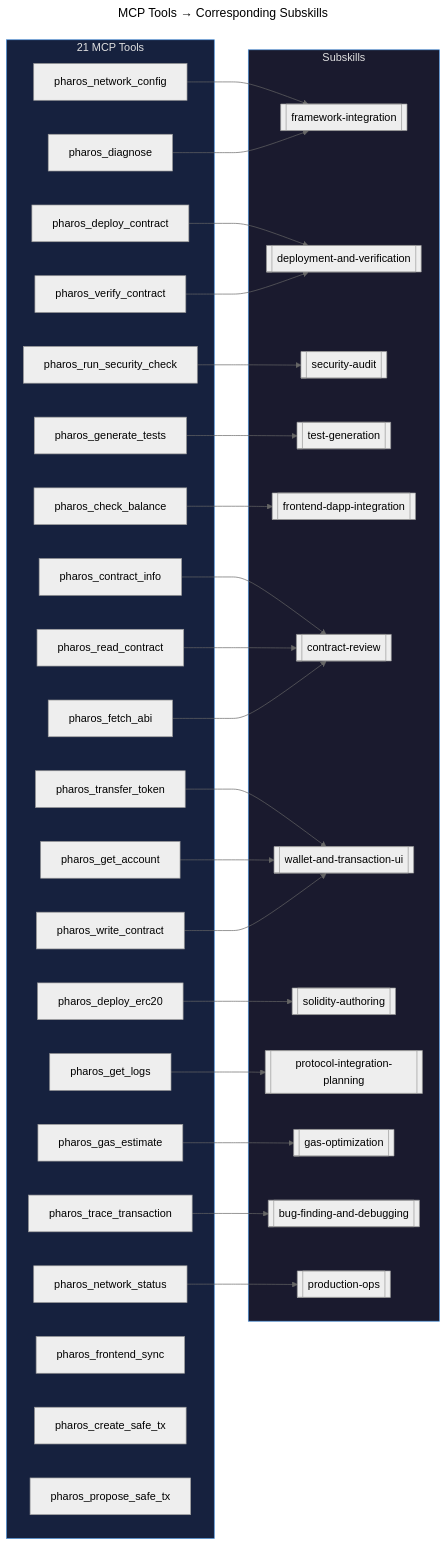
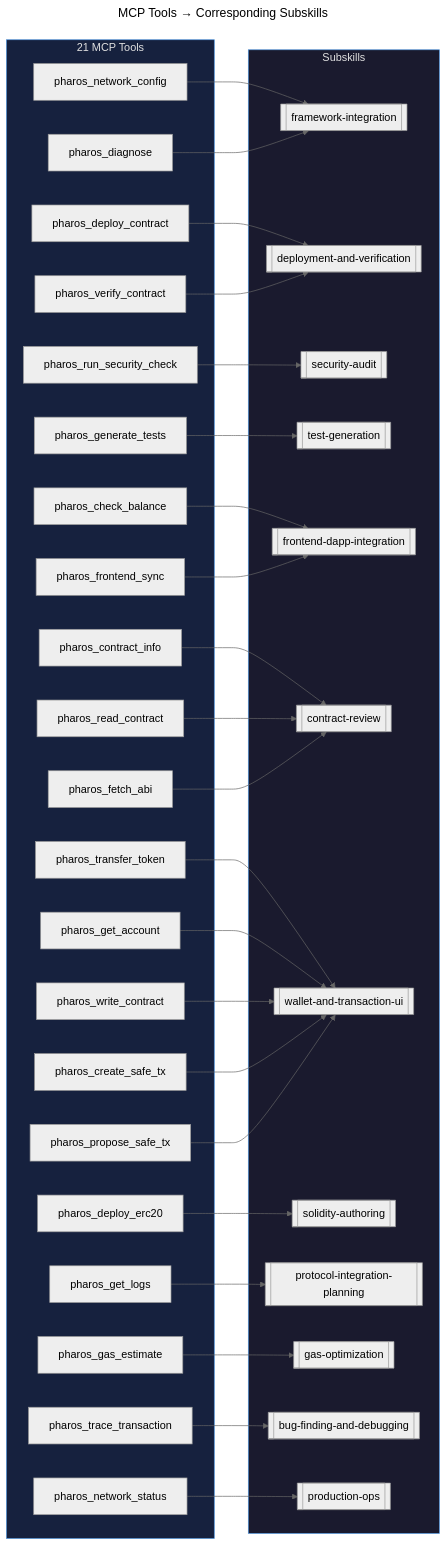
One commit to tejas0111/Pharos changed the fourth of 5 diagrams in CASCADE.md. Above: the diagram before and after it, drawn with Mermaid (neutral theme). The commit also changed other lines of this file and 77 other files, not shown here.

````diff
--- a/CASCADE.md
+++ b/CASCADE.md
@@ -176,66 +179,69 @@
 ```mermaid
 ---
 title: MCP Tools → Corresponding Subskills
 ---
 flowchart LR
     subgraph Tools["21 MCP Tools"]
         T1[pharos_network_config]
         T2[pharos_deploy_contract]
         T3[pharos_verify_contract]
         T4[pharos_run_security_check]
         T5[pharos_generate_tests]
         T6[pharos_check_balance]
         T7[pharos_contract_info]
         T8[pharos_transfer_token]
         T9[pharos_deploy_erc20]
         T10[pharos_get_logs]
         T11[pharos_diagnose]
         T12[pharos_get_account]
         T13[pharos_gas_estimate]
         T14[pharos_trace_transaction]
         T15[pharos_network_status]
         T16[pharos_read_contract]
         T17[pharos_write_contract]
         T18[pharos_fetch_abi]
         T19[pharos_frontend_sync]
         T20[pharos_create_safe_tx]
         T21[pharos_propose_safe_tx]
     end
 
     subgraph Skills["Subskills"]
         S1[[framework-integration]]
         S2[[deployment-and-verification]]
         S3[[security-audit]]
         S4[[test-generation]]
         S5[[frontend-dapp-integration]]
         S6[[contract-review]]
         S7[[wallet-and-transaction-ui]]
         S8[[solidity-authoring]]
         S9[[protocol-integration-planning]]
         S10[[gas-optimization]]
         S11[[bug-finding-and-debugging]]
         S12[[production-ops]]
     end
 
     T1 --> S1
     T2 --> S2
     T3 --> S2
     T4 --> S3
     T5 --> S4
     T6 --> S5
     T7 --> S6
     T8 --> S7
     T9 --> S8
     T10 --> S9
     T11 --> S1
     T12 --> S7
     T13 --> S10
     T14 --> S11
     T15 --> S12
     T16 --> S6
     T17 --> S7
     T18 --> S6
+    T19 --> S5
+    T20 --> S7
+    T21 --> S7
 
     style Tools fill:#16213e,color:#e0e0e0,stroke:#4a90d9
     style Skills fill:#1a1a2e,color:#e0e0e0,stroke:#4a90d9
 ```
````
